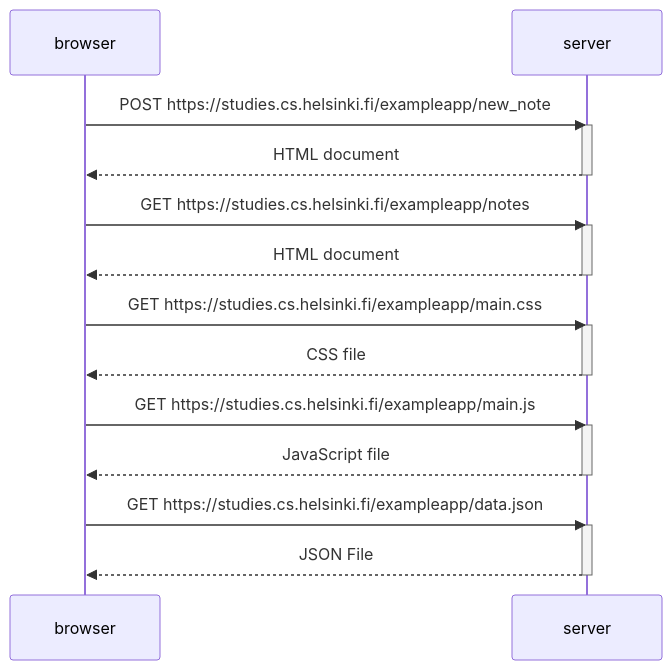
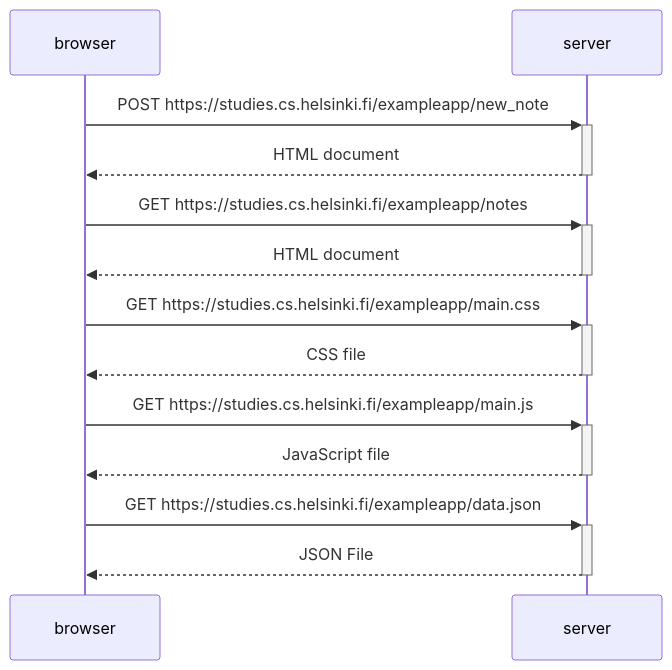
One commit to bapturp/fullstackopen changed the diagram in part0/0.4_new_note_diagram.md. Above: the diagram before and after it, drawn with Mermaid. The commit also changed other lines of this file and 2 other files, not shown here.

Commit message:
improved syntax

````diff
--- a/part0/0.4_new_note_diagram.md
+++ b/part0/0.4_new_note_diagram.md
@@ -4,30 +3,20 @@
 ```mermaid
 sequenceDiagram
     participant browser
     participant server
 
-    browser->>server: POST https://studies.cs.helsinki.fi/exampleapp/new_note
-    activate server
-    server-->>browser: HTML document
-    deactivate server
+    browser->>+server: POST https://studies.cs.helsinki.fi/exampleapp/new_note
+    server-->>-browser: HTML document
 
-    browser->>server: GET https://studies.cs.helsinki.fi/exampleapp/notes
-    activate server
-    server-->>browser: HTML document
-    deactivate server
+    browser->>+server: GET https://studies.cs.helsinki.fi/exampleapp/notes
+    server-->>-browser: HTML document
 
-    browser->>server: GET https://studies.cs.helsinki.fi/exampleapp/main.css
-    activate server
-    server-->>browser: CSS file
-    deactivate server
+    browser->>+server: GET https://studies.cs.helsinki.fi/exampleapp/main.css
+    server-->>-browser: CSS file
 
-    browser->>server: GET https://studies.cs.helsinki.fi/exampleapp/main.js
-    activate server
-    server-->>browser: JavaScript file
-    deactivate server
+    browser->>+server: GET https://studies.cs.helsinki.fi/exampleapp/main.js
+    server-->>-browser: JavaScript file
 
-    browser->>server: GET https://studies.cs.helsinki.fi/exampleapp/data.json
-    activate server
-    server-->>browser: JSON File
-    deactivate server
+    browser->>+server: GET https://studies.cs.helsinki.fi/exampleapp/data.json
+    server-->>-browser: JSON File
 ```
````
